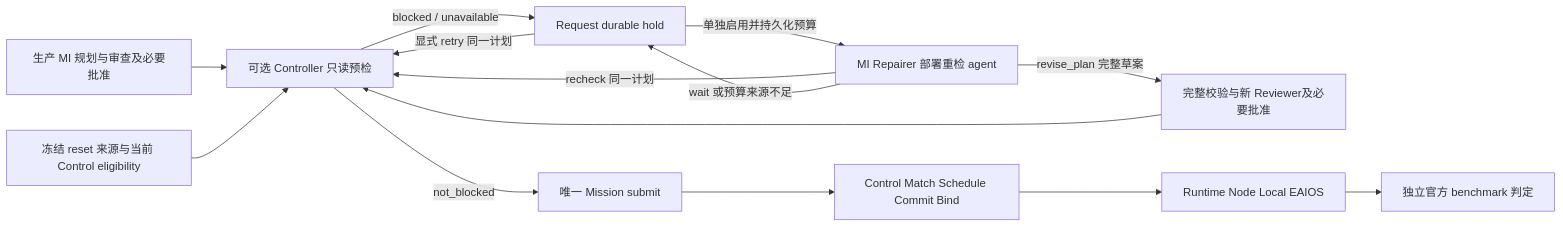
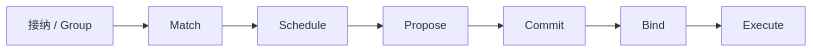
Before and after one commit to Farewell-CK/RoboGuide: the second of 2 diagrams in docs/architecture/v2/README.md, drawn with Mermaid. The commit also changed other lines of this file and 40 other files, not shown here.

Commit message:
docs: align V2 architecture and embed verified diagrams

````diff
--- a/docs/architecture/v2/README.md
+++ b/docs/architecture/v2/README.md
@@ -954,16 +160,9 @@
 ```mermaid
 flowchart LR
-    MI[生产 MI 规划与审查及必要批准] --> Q[可选 Controller 只读预检]
-    E[冻结 reset 来源与当前 Control eligibility] --> Q
-    Q -->|blocked / unavailable| H[Request durable hold]
-    H -->|显式 retry 同一计划| Q
-    H -->|单独启用并持久化预算| R[MI Repairer 部署重检 agent]
-    R -->|recheck 同一计划| Q
-    R -->|revise_plan 完整草案| V[完整校验与新 Reviewer及必要批准]
-    V --> Q
-    R -->|wait 或预算来源不足| H
-    Q -->|not_blocked| S[唯一 Mission submit]
-    S --> C[Control Match Schedule Commit Bind]
-    C --> X[Runtime Node Local EAIOS]
-    X --> B[独立官方 benchmark 判定]
+  P[接纳 / Group] --> M[Match]
+  M --> S[Schedule]
+  S --> Q[Propose]
+  Q --> C[Commit]
+  C --> B[Bind]
+  B --> D[Execute]
 ```
````
